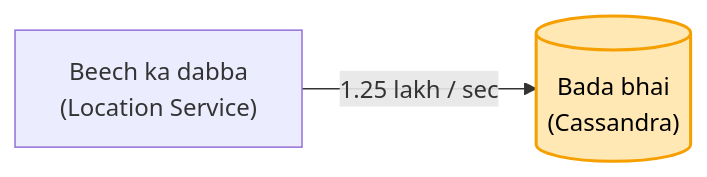
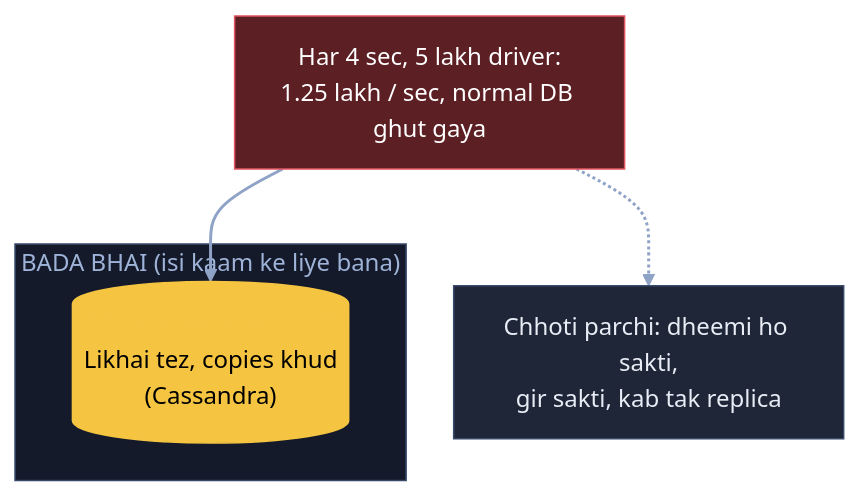
Before and after one commit to ArpanMaheshwari144/Prep: the second of 11 diagrams in 04_HLD/SYSTEM_DESIGNS/15_uber/15_uber.md, drawn with Mermaid. The commit also changed other lines of this file and 3 other files, not shown here.

Commit message:
Uber: 14 diagram hand notes ke shabdon se; K3 / K4 / K10 me naksha + chhoti gaadi (SVG); K6 apni jodi line hatai

````diff
--- a/04_HLD/SYSTEM_DESIGNS/15_uber/15_uber.md
+++ b/04_HLD/SYSTEM_DESIGNS/15_uber/15_uber.md
@@ -49,5 +62,16 @@
 ```mermaid
-flowchart LR
-    L["Beech ka dabba<br/>(Location Service)"] -- "1.25 lakh / sec" --> C[("Bada bhai<br/>(Cassandra)")]
-    style C fill:#ffe8b3,stroke:#f59f00,stroke-width:2px,color:#000
+flowchart TB
+    X["Har 4 sec, 5 lakh driver:<br/>1.25 lakh / sec, normal DB ghut gaya"]:::bad
+    P["Chhoti parchi: dheemi ho sakti,<br/>gir sakti, kab tak replica"]:::card
+    subgraph BB["BADA BHAI (isi kaam ke liye bana)"]
+        C[("Likhai tez, copies khud<br/>(Cassandra)")]:::pill
+    end
+    X -.-> P
+    X --> C
+    linkStyle default stroke:#8fa3c7,stroke-width:2px
+    classDef card fill:#1e2638,stroke:#3a4a6b,color:#e8ecf5
+    classDef pill fill:#f5c542,stroke:#f5c542,color:#000
+    classDef good fill:#2e7d4f,stroke:#3fbf6f,color:#fff
+    classDef bad fill:#5c1f24,stroke:#e05561,color:#fff
+    style BB fill:#141a29,stroke:#3a4a6b,color:#9fb3d9
 ```
````
